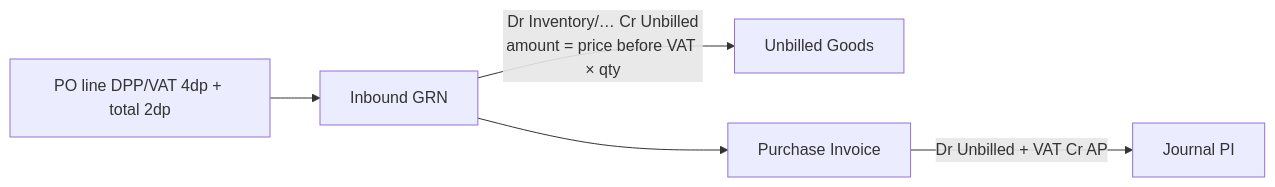
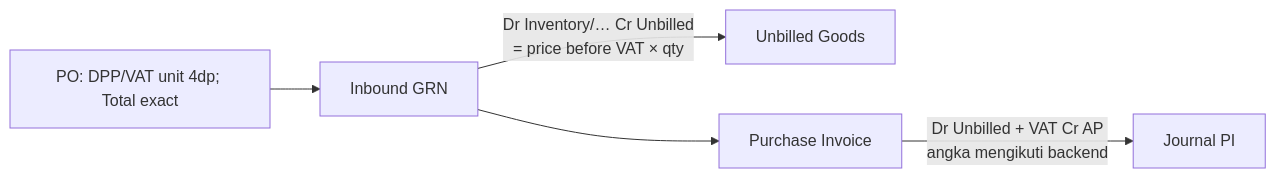
Before and after one commit to yendyr/olshoperp-docs: the second of 3 diagrams in qa-docs/supplychain-purchase-order/requirement.md, drawn with Mermaid. The commit also changed other lines of this file and 47 other files, not shown here.

````diff
--- a/qa-docs/supplychain-purchase-order/requirement.md
+++ b/qa-docs/supplychain-purchase-order/requirement.md
@@ -391,7 +400,7 @@
 ```mermaid
 flowchart LR
-  PO[PO line DPP/VAT 4dp + total 2dp] --> GRN[Inbound GRN]
-  GRN -->|"Dr Inventory/… Cr Unbilled<br/>amount = price before VAT × qty"| UB[Unbilled Goods]
+  PO[PO: DPP/VAT unit 4dp; Total exact] --> GRN[Inbound GRN]
+  GRN -->|"Dr Inventory/… Cr Unbilled<br/>= price before VAT × qty"| UB[Unbilled Goods]
   GRN --> PI[Purchase Invoice]
-  PI -->|"Dr Unbilled + VAT Cr AP"| GL[Journal PI]
+  PI -->|"Dr Unbilled + VAT Cr AP<br/>angka mengikuti backend"| GL[Journal PI]
 ```
````
